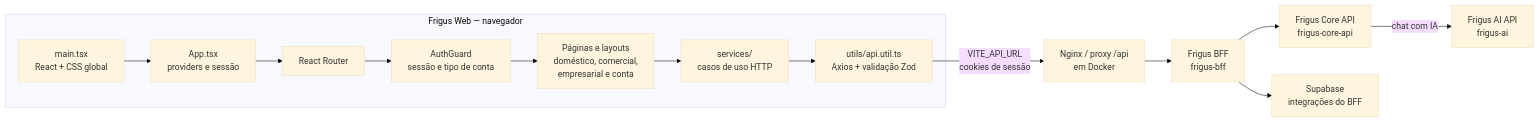
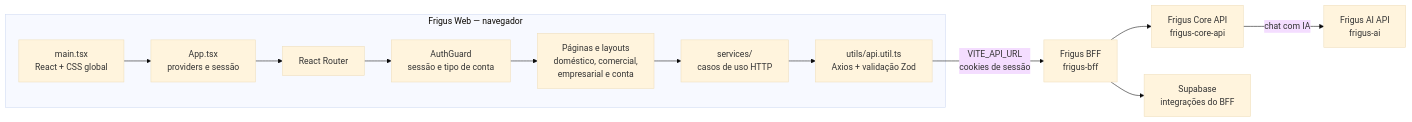
Before and after one commit to Frigus-Interdisciplinar/frigus-react-web: the diagram in README.md, drawn with Mermaid (base theme). The commit also changed other lines of this file, not shown here.

````diff
--- a/README.md
+++ b/README.md
@@ -49,17 +49,16 @@
 ```mermaid
 flowchart LR
     subgraph WEB["Frigus Web — navegador"]
         ENTRY["main.tsx<br/>React + CSS global"] --> APP["App.tsx<br/>providers e sessão"]
         APP --> ROUTER["React Router"]
         ROUTER --> GUARD["AuthGuard<br/>sessão e tipo de conta"]
         GUARD --> PAGES["Páginas e layouts<br/>doméstico, comercial,<br/>empresarial e conta"]
         PAGES --> SERVICES["services/<br/>casos de uso HTTP"]
         SERVICES --> API["utils/api.util.ts<br/>Axios + validação Zod"]
     end
 
-    API -->|"VITE_API_URL<br/>cookies de sessão"| PROXY["Nginx / proxy /api<br/>em Docker"]
-    PROXY --> BFF["Frigus BFF<br/>frigus-bff"]
+    API -->|"VITE_API_URL<br/>cookies de sessão"| BFF["Frigus BFF<br/>frigus-bff"]
     BFF --> CORE["Frigus Core API<br/>frigus-core-api"]
     BFF --> SUPA["Supabase<br/>integrações do BFF"]
     CORE -->|"chat com IA"| AI["Frigus AI API<br/>frigus-ai"]
 ```
````
